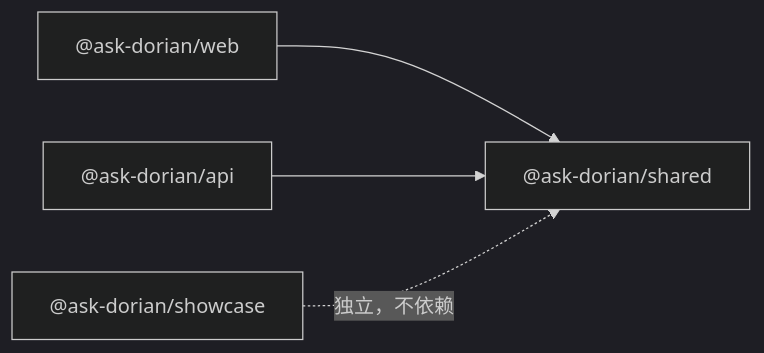
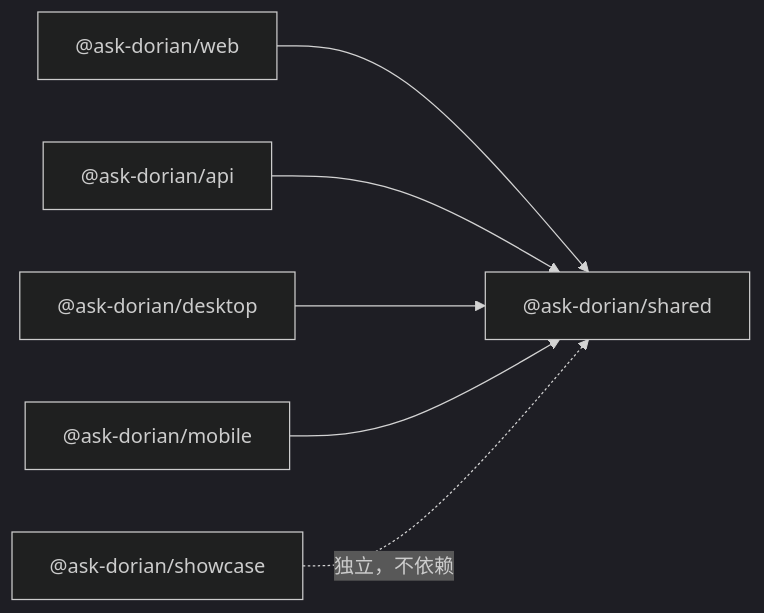
Before and after one commit to DorianTian/ask-dorian: the second of 10 diagrams in docs/architecture/technical-architecture.md, drawn with Mermaid (dark theme). The commit also changed other lines of this file and 232 other files, not shown here.

First line of the commit message:
feat: complete MVP — server, web, mobile, core, desktop packages

````diff
--- a/docs/architecture/technical-architecture.md
+++ b/docs/architecture/technical-architecture.md
@@ -161,11 +176,15 @@
 ```mermaid
 graph LR
     SHARED["@ask-dorian/shared"]
     WEB["@ask-dorian/web"]
     API["@ask-dorian/api"]
+    DESKTOP["@ask-dorian/desktop"]
+    MOBILE["@ask-dorian/mobile"]
     SHOWCASE["@ask-dorian/showcase"]
 
     WEB --> SHARED
     API --> SHARED
+    DESKTOP --> SHARED
+    MOBILE --> SHARED
     SHOWCASE -.->|"独立，不依赖"| SHARED
 ```
````
